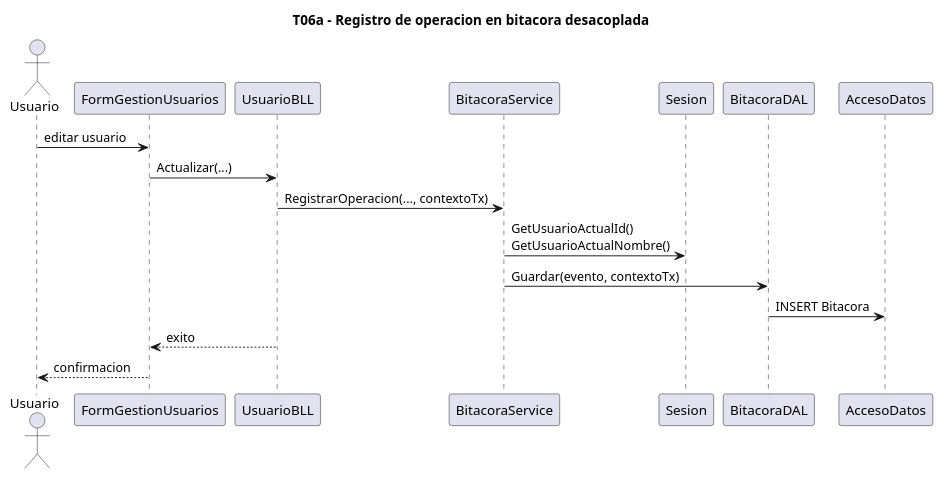
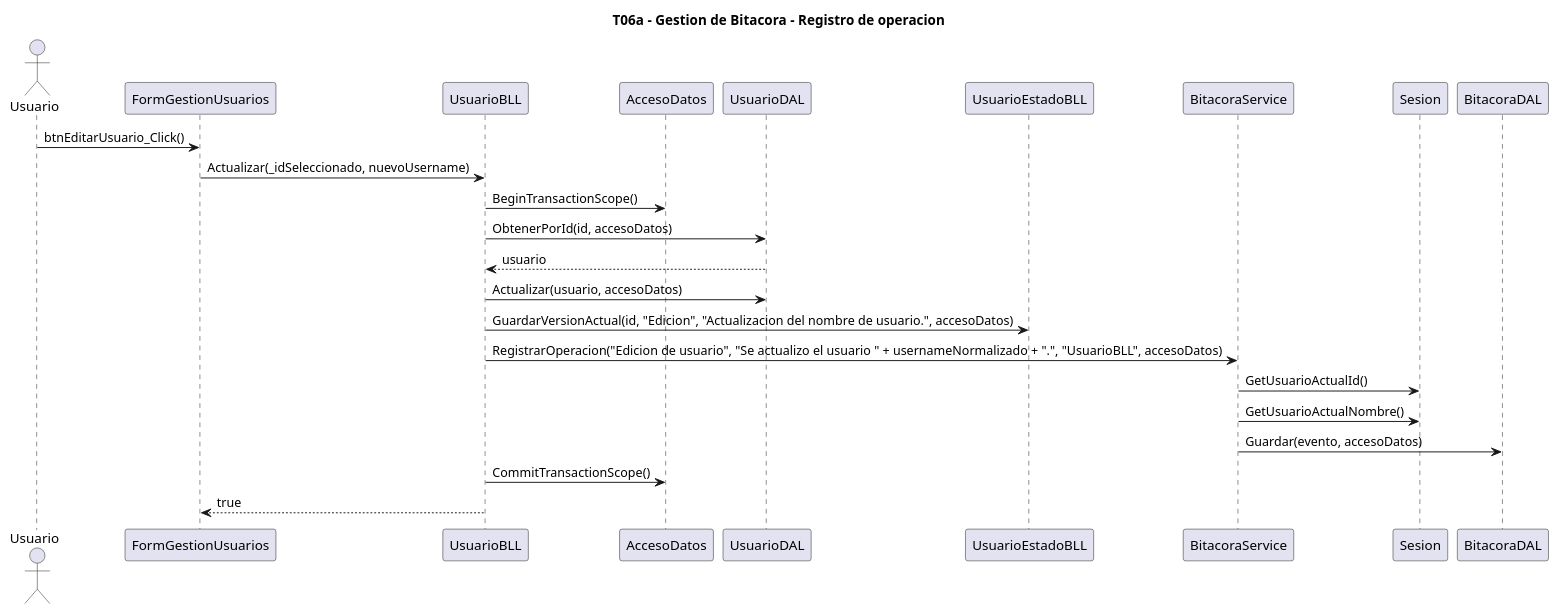
Before and after one commit to aggutierrez98/TP-TD: the diagram in diagramas/T06a-bitacora/T06a-bitacora-secuencia.puml, drawn with PlantUML. The commit also changed 48 other files, not shown here.

Commit message:
Añadir diagramas y cambiar nombre de carpeta

```diff
--- a/diagramas/T06a-bitacora/T06a-bitacora-secuencia.puml
+++ b/diagramas/T06a-bitacora/T06a-bitacora-secuencia.puml
@@ -1,20 +1,28 @@
 @startuml
-title T06a - Registro de operacion en bitacora desacoplada
+title T06a - Gestion de Bitacora - Registro de operacion
 
 actor Usuario
-participant "FormGestionUsuarios" as UI
-participant "UsuarioBLL" as BLL
+participant "FormGestionUsuarios" as FormGestionUsuarios
+participant "UsuarioBLL" as UsuarioBLL
+participant "AccesoDatos" as AccesoDatos
+participant "UsuarioDAL" as UsuarioDAL
+participant "UsuarioEstadoBLL" as UsuarioEstadoBLL
 participant "BitacoraService" as BitacoraService
 participant "Sesion" as Sesion
 participant "BitacoraDAL" as BitacoraDAL
-participant "AccesoDatos" as AccesoDatos
 
-Usuario -> UI : editar usuario
-UI -> BLL : Actualizar(...)
-BLL -> BitacoraService : RegistrarOperacion(..., contextoTx)
-BitacoraService -> Sesion : GetUsuarioActualId()\nGetUsuarioActualNombre()
-BitacoraService -> BitacoraDAL : Guardar(evento, contextoTx)
-BitacoraDAL -> AccesoDatos : INSERT Bitacora
-BLL --> UI : exito
-UI --> Usuario : confirmacion
+Usuario -> FormGestionUsuarios : btnEditarUsuario_Click()
+FormGestionUsuarios -> UsuarioBLL : Actualizar(_idSeleccionado, nuevoUsername)
+UsuarioBLL -> AccesoDatos : BeginTransactionScope()
+UsuarioBLL -> UsuarioDAL : ObtenerPorId(id, accesoDatos)
+UsuarioDAL --> UsuarioBLL : usuario
+UsuarioBLL -> UsuarioDAL : Actualizar(usuario, accesoDatos)
+UsuarioBLL -> UsuarioEstadoBLL : GuardarVersionActual(id, "Edicion", "Actualizacion del nombre de usuario.", accesoDatos)
+UsuarioBLL -> BitacoraService : RegistrarOperacion("Edicion de usuario", "Se actualizo el usuario " + usernameNormalizado + ".", "UsuarioBLL", accesoDatos)
+BitacoraService -> Sesion : GetUsuarioActualId()
+BitacoraService -> Sesion : GetUsuarioActualNombre()
+BitacoraService -> BitacoraDAL : Guardar(evento, accesoDatos)
+UsuarioBLL -> AccesoDatos : CommitTransactionScope()
+UsuarioBLL --> FormGestionUsuarios : true
+
 @enduml
```
